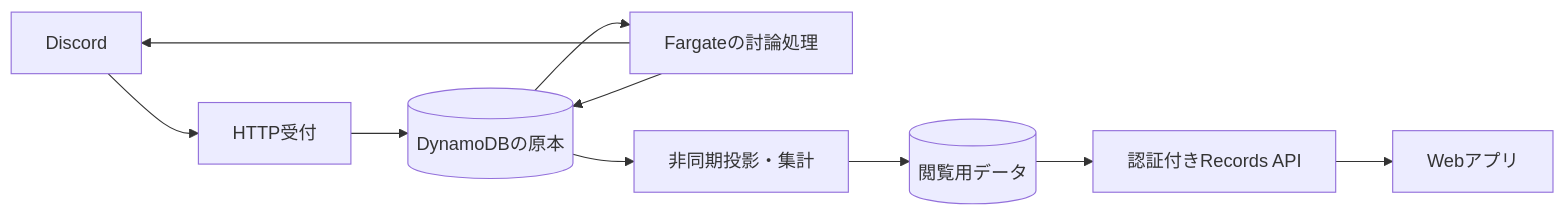
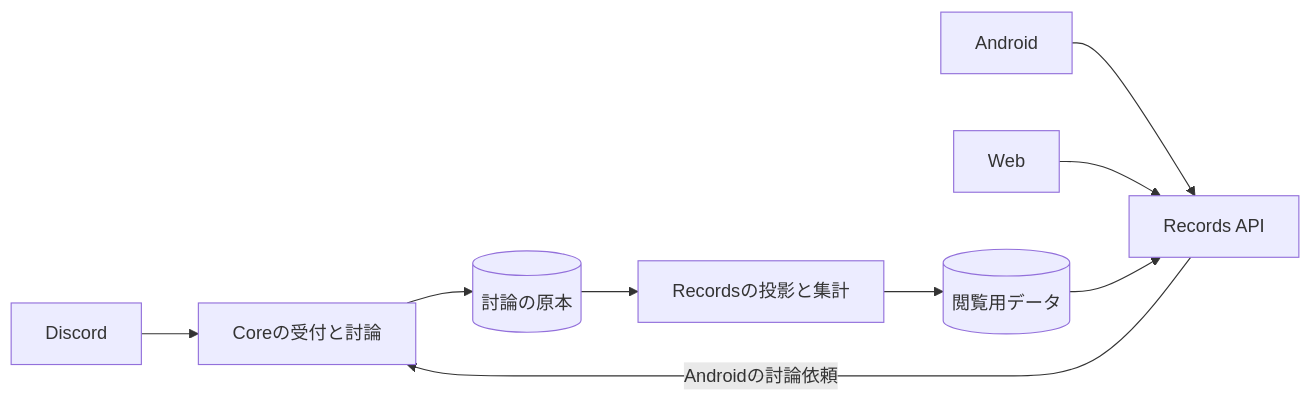
Before and after one commit to pitekusu/shittim-chest: the diagram in docs/01_要求仕様書・基本設計書.md, drawn with Mermaid. The commit also changed other lines of this file and 23 other files, not shown here.

````diff
--- a/docs/01_要求仕様書・基本設計書.md
+++ b/docs/01_要求仕様書・基本設計書.md
@@ -135,12 +51,11 @@
 ```mermaid
 flowchart LR
-    Discord[Discord] --> Ingress[HTTP受付]
-    Ingress --> DB[(DynamoDBの原本)]
-    DB --> Runtime[Fargateの討論処理]
-    Runtime --> Discord
-    Runtime --> DB
-    DB --> Projector[非同期投影・集計]
-    Projector --> Records[(閲覧用データ)]
-    Records --> API[認証付きRecords API]
-    API --> Web[Webアプリ]
+    Discord --> Core[Coreの受付と討論]
+    Android --> API[Records API]
+    Web --> API
+    API -->|Androidの討論依頼| Core
+    Core --> Source[(討論の原本)]
+    Source --> Projection[Recordsの投影と集計]
+    Projection --> Read[(閲覧用データ)]
+    Read --> API
 ```
````
